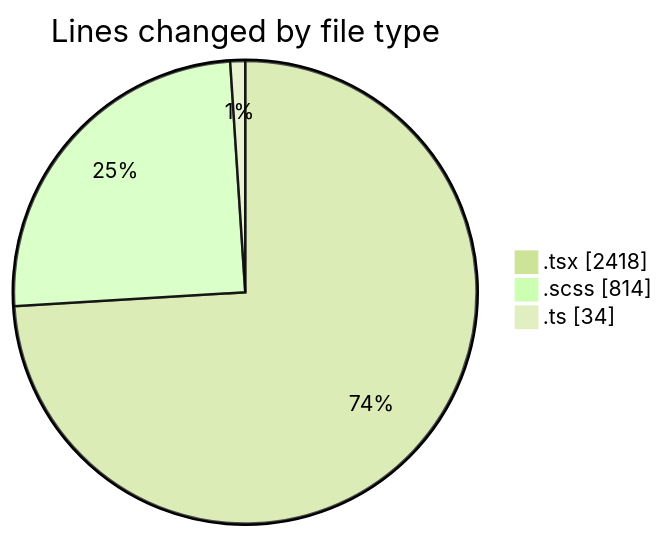
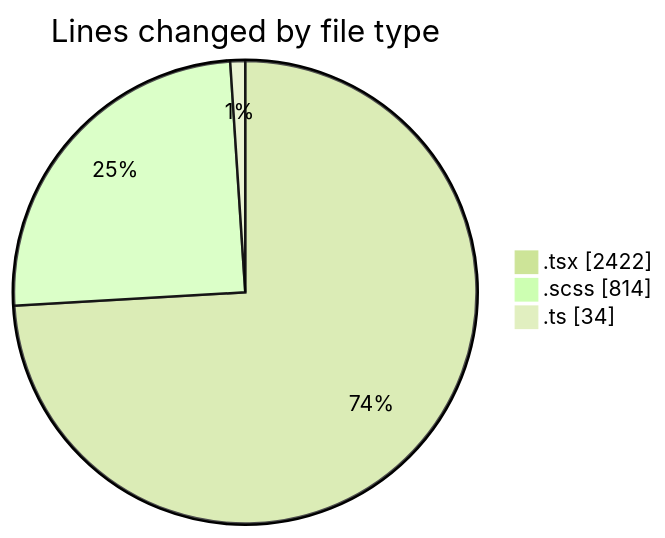
The first of 2 diagrams in 2025-04-07/cda/README.md (momahboobian/code-tracking), drawn with Mermaid (forest theme) before and after one commit. The commit also changed other lines of this file and 1 other file, not shown here.

````diff
--- a/2025-04-07/cda/README.md
+++ b/2025-04-07/cda/README.md
@@ -34,7 +34,7 @@
 ```mermaid
 pie showData
 title Lines changed by file type
-".tsx" : 2418
+".tsx" : 2422
 ".scss" : 814
 ".ts" : 34
 ```
````
